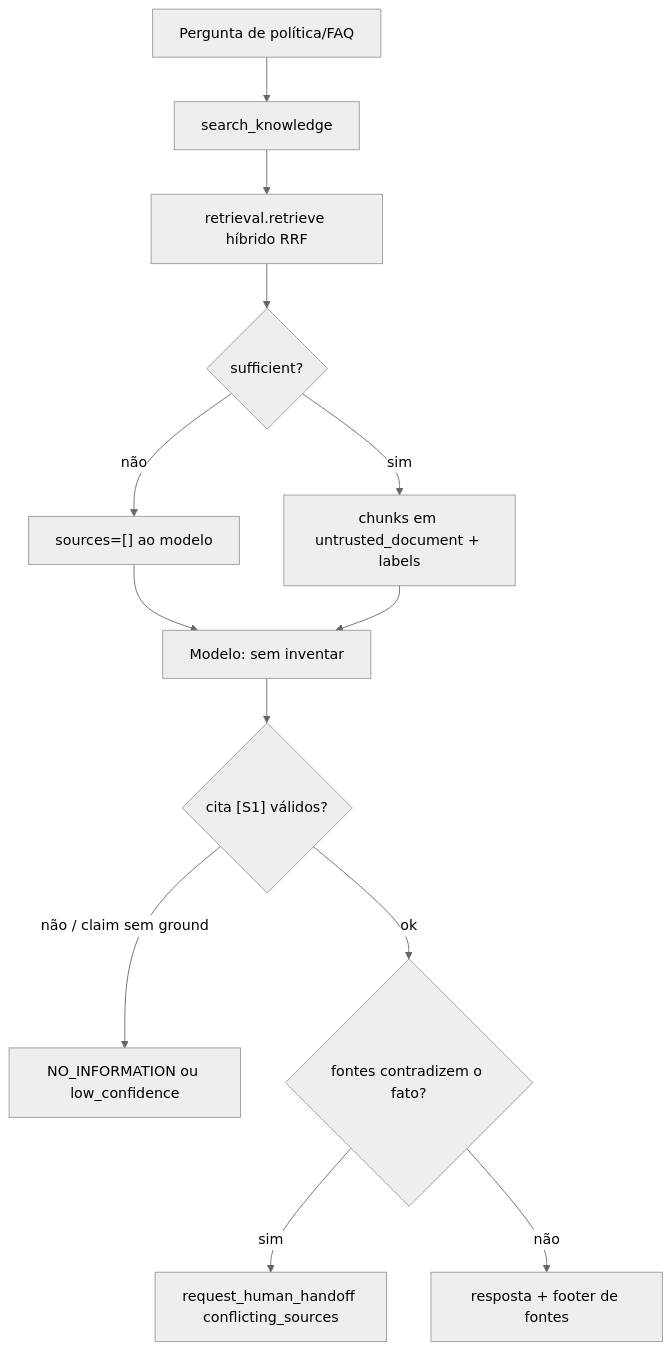
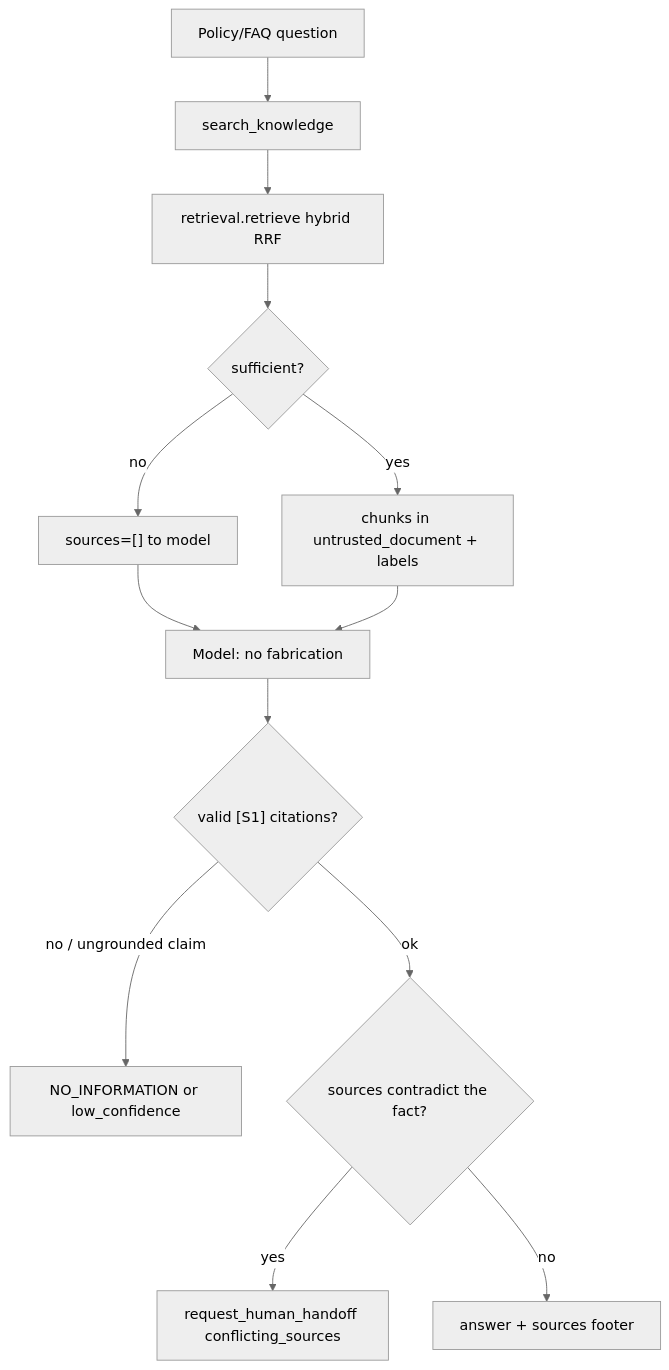
One commit to antonioreal97/Artefact_case changed the fourth of 9 diagrams in docs/customer-service-flows.md. Above: the diagram before and after it, drawn with Mermaid (neutral theme). The commit also changed other lines of this file and 47 other files, not shown here.

````diff
--- a/docs/customer-service-flows.md
+++ b/docs/customer-service-flows.md
@@ -143,15 +145,15 @@
 ```mermaid
 flowchart TD
-  q["Pergunta de política/FAQ"] --> sk["search_knowledge"]
-  sk --> ret["retrieval.retrieve híbrido RRF"]
+  q["Policy/FAQ question"] --> sk["search_knowledge"]
+  sk --> ret["retrieval.retrieve hybrid RRF"]
   ret --> suf{"sufficient?"}
-  suf -->|"não"| empty["sources=[] ao modelo"]
-  suf -->|"sim"| wrap["chunks em untrusted_document + labels"]
-  empty --> model["Modelo: sem inventar"]
+  suf -->|"no"| empty["sources=[] to model"]
+  suf -->|"yes"| wrap["chunks in untrusted_document + labels"]
+  empty --> model["Model: no fabrication"]
   wrap --> model
-  model --> cite{"cita [S1] válidos?"}
-  cite -->|"não / claim sem ground"| noInfo["NO_INFORMATION ou low_confidence"]
-  cite -->|"ok"| conflict{"fontes contradizem o fato?"}
-  conflict -->|"sim"| cs["request_human_handoff conflicting_sources"]
-  conflict -->|"não"| ok["resposta + footer de fontes"]
+  model --> cite{"valid [S1] citations?"}
+  cite -->|"no / ungrounded claim"| noInfo["NO_INFORMATION or low_confidence"]
+  cite -->|"ok"| conflict{"sources contradict the fact?"}
+  conflict -->|"yes"| cs["request_human_handoff conflicting_sources"]
+  conflict -->|"no"| ok["answer + sources footer"]
 ```
````
